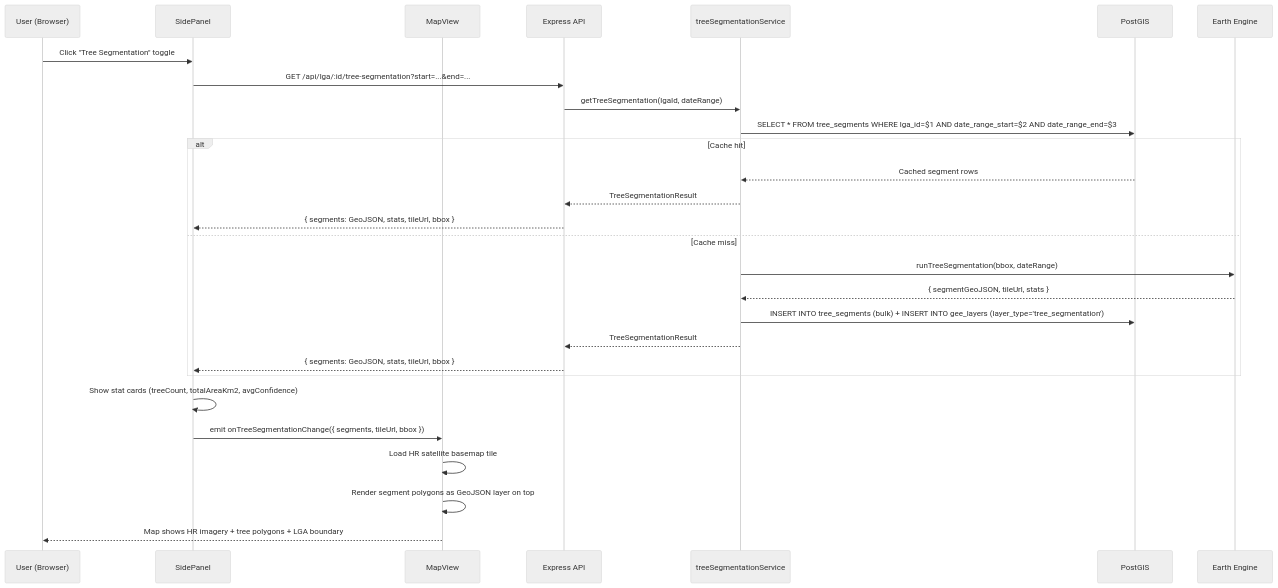
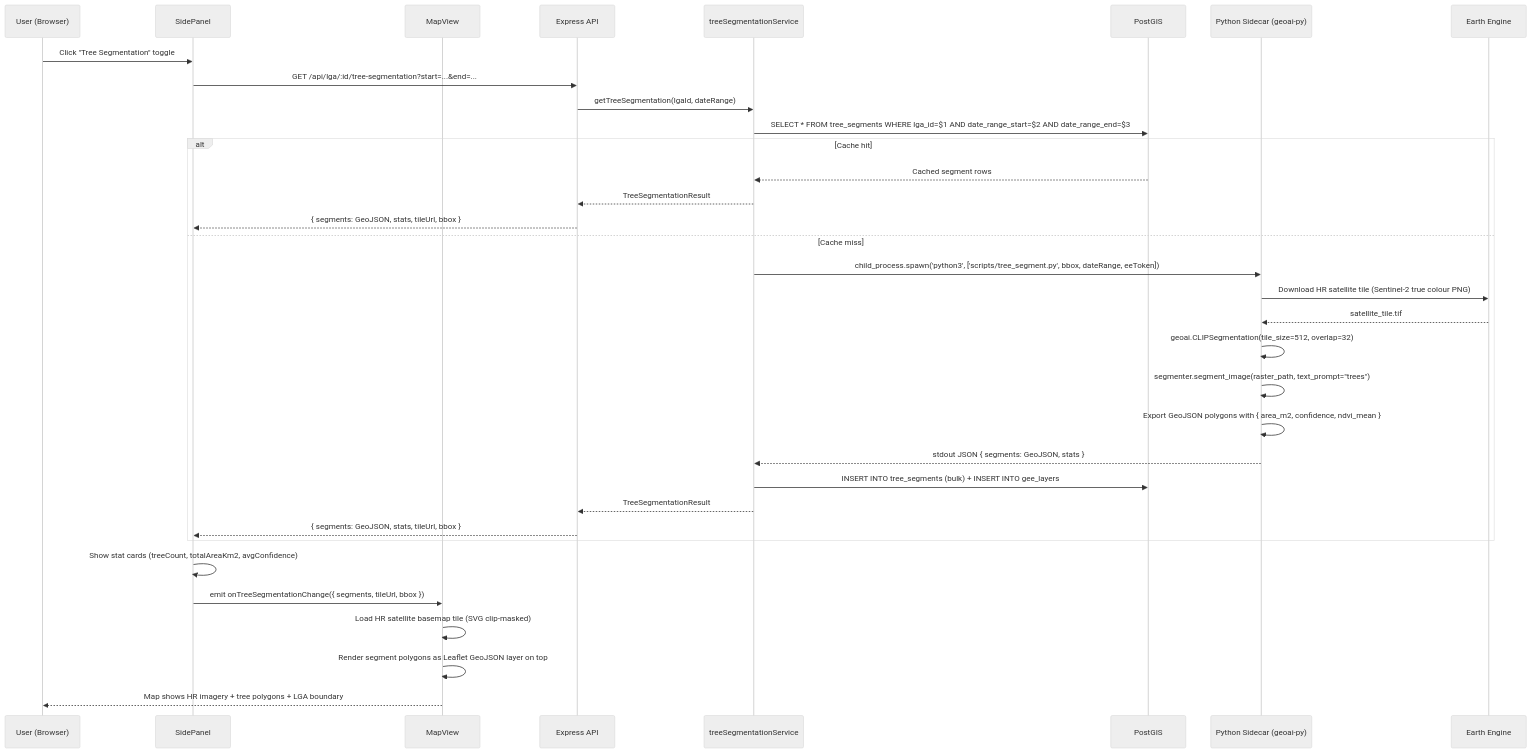
Before and after one commit to D33pakGanesh/heatgpt-old: the eighth of 9 diagrams in .kiro/specs/heatgpt/design.md, drawn with Mermaid (neutral theme). The commit also changed other lines of this file and 2 other files, not shown here.

First line of the commit message:
refactor: replace SNIC with geoai-py CLIPSeg for true GeoAI tree segmentation

````diff
--- a/.kiro/specs/heatgpt/design.md
+++ b/.kiro/specs/heatgpt/design.md
@@ -2046,32 +2055,37 @@
 ```mermaid
 sequenceDiagram
     participant U as User (Browser)
     participant SP as SidePanel
     participant MV as MapView
     participant API as Express API
     participant TSS as treeSegmentationService
     participant DB as PostGIS
+    participant PY as Python Sidecar (geoai-py)
     participant EE as Earth Engine
 
     U->>SP: Click "Tree Segmentation" toggle
-
     SP->>API: GET /api/lga/:id/tree-segmentation?start=...&end=...
     API->>TSS: getTreeSegmentation(lgaId, dateRange)
     TSS->>DB: SELECT * FROM tree_segments WHERE lga_id=$1 AND date_range_start=$2 AND date_range_end=$3
     alt Cache hit
         DB-->>TSS: Cached segment rows
         TSS-->>API: TreeSegmentationResult
         API-->>SP: { segments: GeoJSON, stats, tileUrl, bbox }
     else Cache miss
-        TSS->>EE: runTreeSegmentation(bbox, dateRange)
-        EE-->>TSS: { segmentGeoJSON, tileUrl, stats }
-        TSS->>DB: INSERT INTO tree_segments (bulk) + INSERT INTO gee_layers (layer_type='tree_segmentation')
+        TSS->>PY: child_process.spawn('python3', ['scripts/tree_segment.py', bbox, dateRange, eeToken])
+        PY->>EE: Download HR satellite tile (Sentinel-2 true colour PNG)
+        EE-->>PY: satellite_tile.tif
+        PY->>PY: geoai.CLIPSegmentation(tile_size=512, overlap=32)
+        PY->>PY: segmenter.segment_image(raster_path, text_prompt="trees")
+        PY->>PY: Export GeoJSON polygons with { area_m2, confidence, ndvi_mean }
+        PY-->>TSS: stdout JSON { segments: GeoJSON, stats }
+        TSS->>DB: INSERT INTO tree_segments (bulk) + INSERT INTO gee_layers
         TSS-->>API: TreeSegmentationResult
         API-->>SP: { segments: GeoJSON, stats, tileUrl, bbox }
     end
     SP->>SP: Show stat cards (treeCount, totalAreaKm2, avgConfidence)
     SP->>MV: emit onTreeSegmentationChange({ segments, tileUrl, bbox })
-    MV->>MV: Load HR satellite basemap tile
-    MV->>MV: Render segment polygons as GeoJSON layer on top
+    MV->>MV: Load HR satellite basemap tile (SVG clip-masked)
+    MV->>MV: Render segment polygons as Leaflet GeoJSON layer on top
     MV-->>U: Map shows HR imagery + tree polygons + LGA boundary
 ```
````
